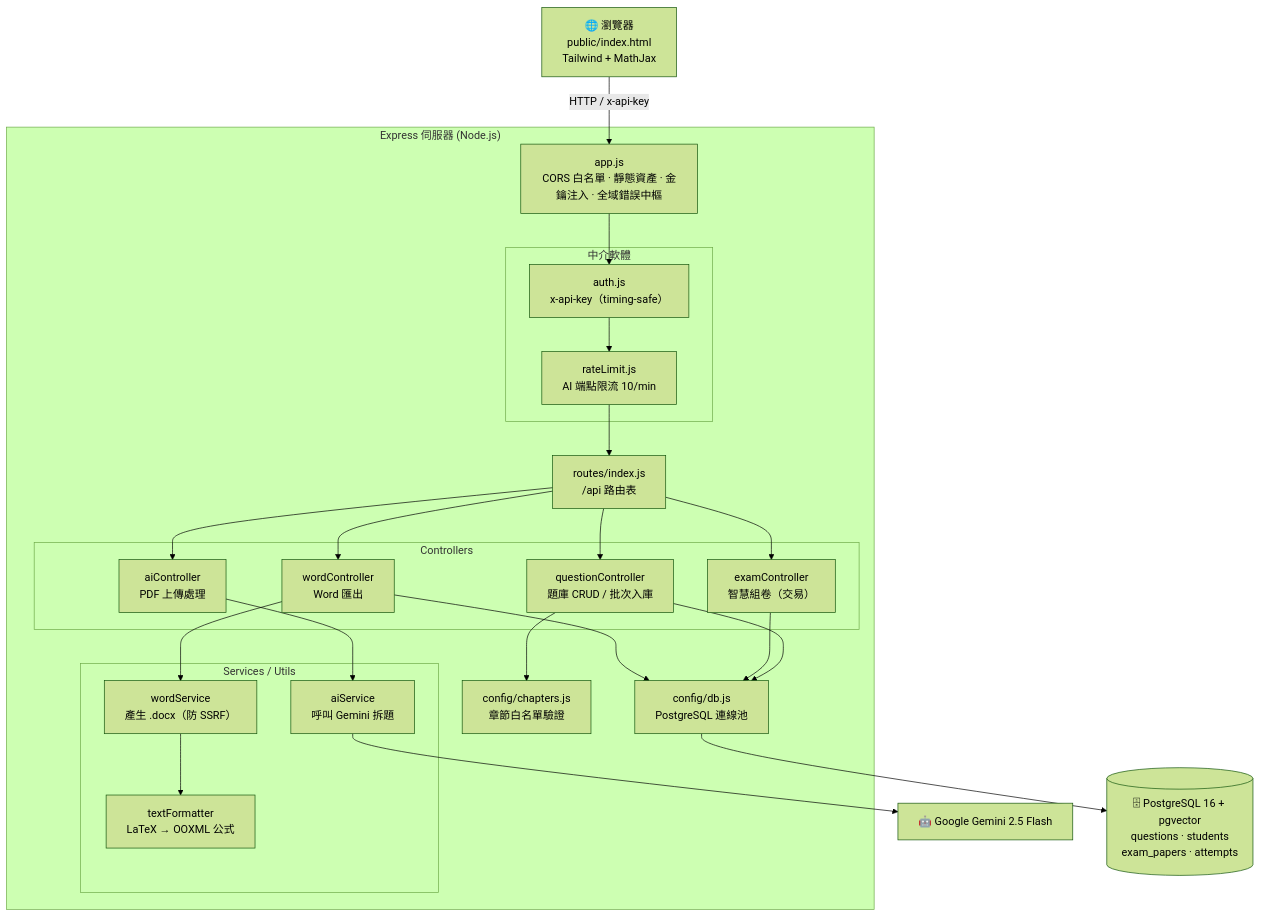
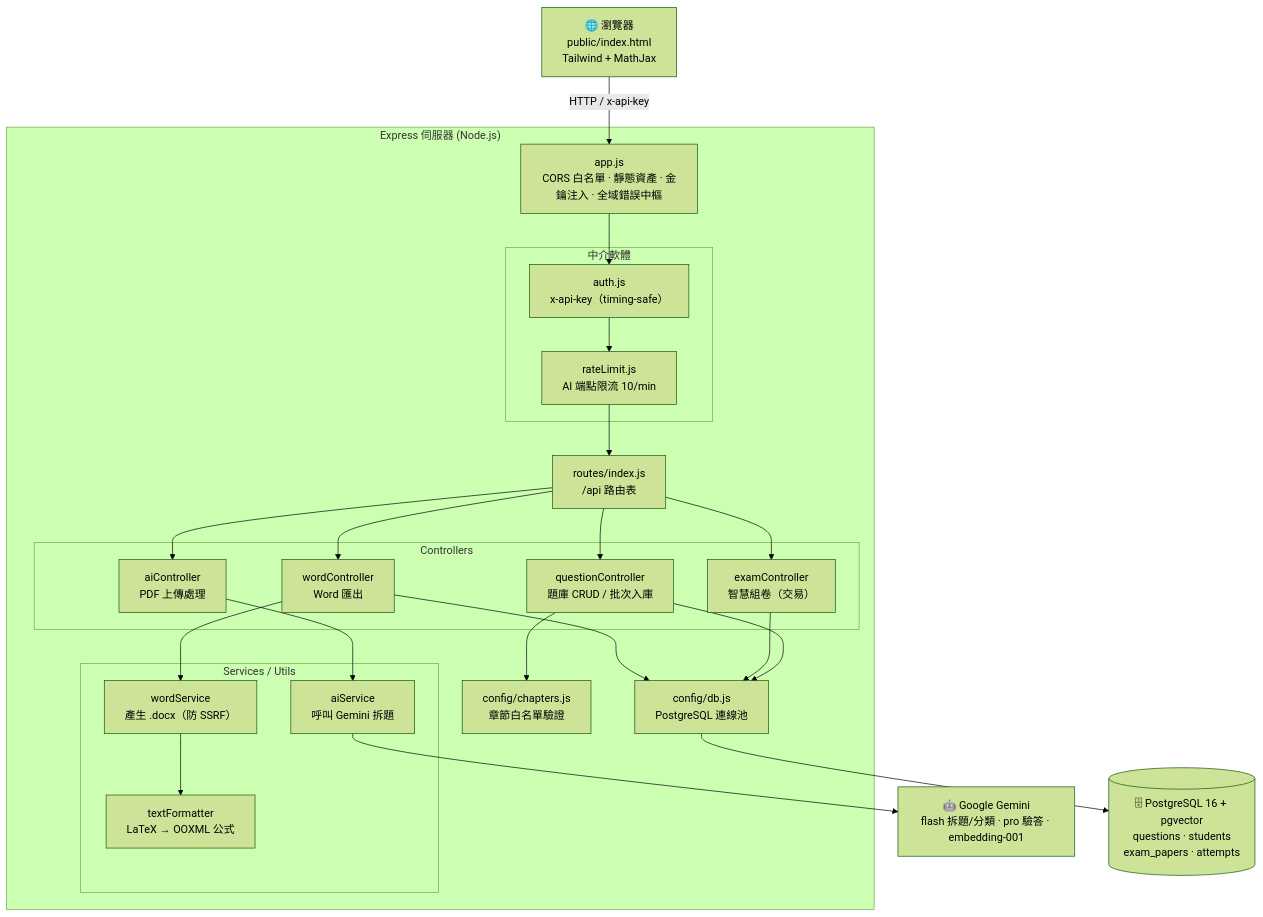
One commit to Tom-Yang-Ben/tutor-exam-bank changed the diagram in exam_pro/README.md. Above: the diagram before and after it, drawn with Mermaid (forest theme). The commit also changed other lines of this file and 1 other file, not shown here.

First line of the commit message:
docs(README): 根 README 全面重寫 + exam_pro README 更新到四階段現況

````diff
--- a/exam_pro/README.md
+++ b/exam_pro/README.md
@@ -152,40 +151,40 @@
 ```mermaid
 flowchart TD
     Browser["🌐 瀏覽器<br/>public/index.html<br/>Tailwind + MathJax"]
 
     subgraph Server["Express 伺服器 (Node.js)"]
         App["app.js<br/>CORS 白名單 · 靜態資產 · 金鑰注入 · 全域錯誤中樞"]
         subgraph MW["中介軟體"]
             Auth["auth.js<br/>x-api-key（timing-safe）"]
             RL["rateLimit.js<br/>AI 端點限流 10/min"]
         end
         Routes["routes/index.js<br/>/api 路由表"]
         subgraph Ctrl["Controllers"]
             QC["questionController<br/>題庫 CRUD / 批次入庫"]
             EC["examController<br/>智慧組卷（交易）"]
             AC["aiController<br/>PDF 上傳處理"]
             WC["wordController<br/>Word 匯出"]
         end
         subgraph Svc["Services / Utils"]
             AIS["aiService<br/>呼叫 Gemini 拆題"]
             WS["wordService<br/>產生 .docx（防 SSRF）"]
             TF["textFormatter<br/>LaTeX → OOXML 公式"]
         end
         Chapters["config/chapters.js<br/>章節白名單驗證"]
         DB["config/db.js<br/>PostgreSQL 連線池"]
     end
 
-    Gemini["🤖 Google Gemini 2.5 Flash"]
+    Gemini["🤖 Google Gemini<br/>flash 拆題/分類 · pro 驗答 · embedding-001"]
     PG[("🗄 PostgreSQL 16 + pgvector<br/>questions · students<br/>exam_papers · attempts")]
 
     Browser -- "HTTP / x-api-key" --> App
     App --> Auth --> RL --> Routes
     Routes --> QC & EC & AC & WC
     QC --> Chapters
     AC --> AIS --> Gemini
     WC --> WS --> TF
     QC --> DB
     EC --> DB
     WC --> DB
     DB --> PG
 ```
````
